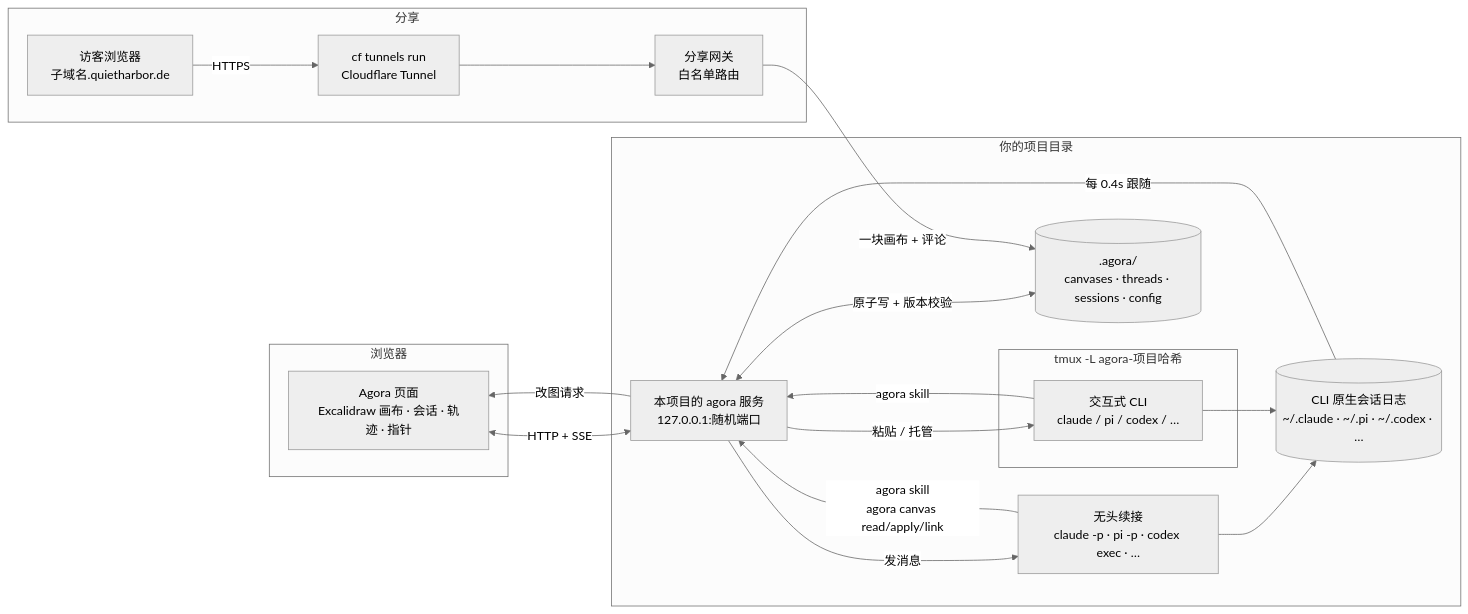
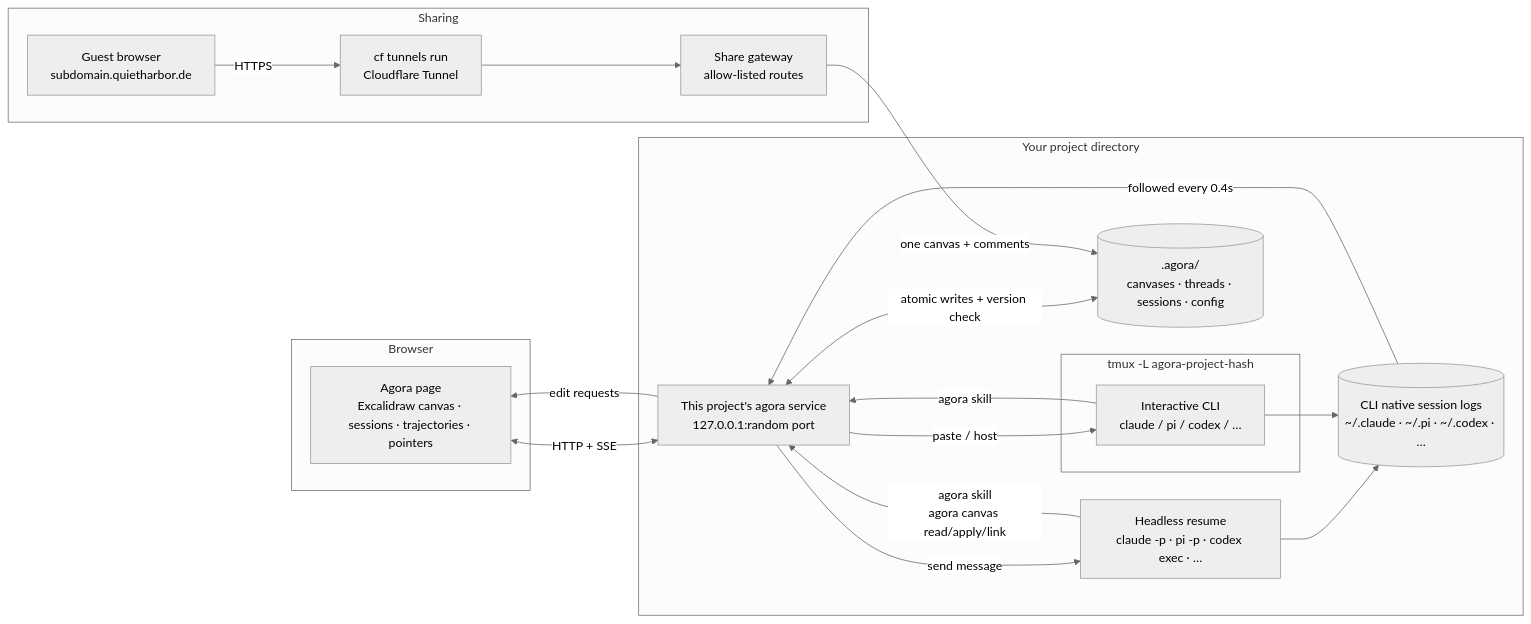
One commit to arvakme/agora changed the diagram in README.md. Above: the diagram before and after it, drawn with Mermaid (neutral theme). The commit also changed other lines of this file and 1 other file, not shown here.

````diff
--- a/README.md
+++ b/README.md
@@ -155,32 +165,32 @@
 ```mermaid
 flowchart LR
-  subgraph browser [浏览器]
-    UI[Agora 页面<br/>Excalidraw 画布 · 会话 · 轨迹 · 指针]
+  subgraph browser [Browser]
+    UI[Agora page<br/>Excalidraw canvas · sessions · trajectories · pointers]
   end
-  subgraph project [你的项目目录]
-    Server[本项目的 agora 服务<br/>127.0.0.1:随机端口]
+  subgraph project [Your project directory]
+    Server[This project's agora service<br/>127.0.0.1:random port]
     Files[(.agora/<br/>canvases · threads · sessions · config)]
-    subgraph tmux [tmux -L agora-项目哈希]
-      TUI[交互式 CLI<br/>claude / pi / codex / …]
+    subgraph tmux [tmux -L agora-project-hash]
+      TUI[Interactive CLI<br/>claude / pi / codex / …]
     end
-    Headless[无头续接<br/>claude -p · pi -p · codex exec · …]
-    Logs[(CLI 原生会话日志<br/>~/.claude · ~/.pi · ~/.codex · …)]
+    Headless[Headless resume<br/>claude -p · pi -p · codex exec · …]
+    Logs[(CLI native session logs<br/>~/.claude · ~/.pi · ~/.codex · …)]
   end
-  subgraph share [分享]
-    Guest[访客浏览器<br/>子域名.quietharbor.de]
+  subgraph share [Sharing]
+    Guest[Guest browser<br/>subdomain.quietharbor.de]
     CF[cf tunnels run<br/>Cloudflare Tunnel]
-    Gateway[分享网关<br/>白名单路由]
+    Gateway[Share gateway<br/>allow-listed routes]
   end
 
   UI <-->|HTTP + SSE| Server
-  Server <-->|原子写 + 版本校验| Files
-  Server -->|发消息| Headless
-  Server -->|粘贴 / 托管| TUI
+  Server <-->|atomic writes + version check| Files
+  Server -->|send message| Headless
+  Server -->|paste / host| TUI
   Headless -->|agora skill<br/>agora canvas read/apply/link| Server
   TUI -->|agora skill| Server
   Headless --> Logs
   TUI --> Logs
-  Logs -->|每 0.4s 跟随| Server
-  Server -->|改图请求| UI
-  Guest -->|HTTPS| CF --> Gateway -->|一块画布 + 评论| Files
+  Logs -->|followed every 0.4s| Server
+  Server -->|edit requests| UI
+  Guest -->|HTTPS| CF --> Gateway -->|one canvas + comments| Files
 ```
````
